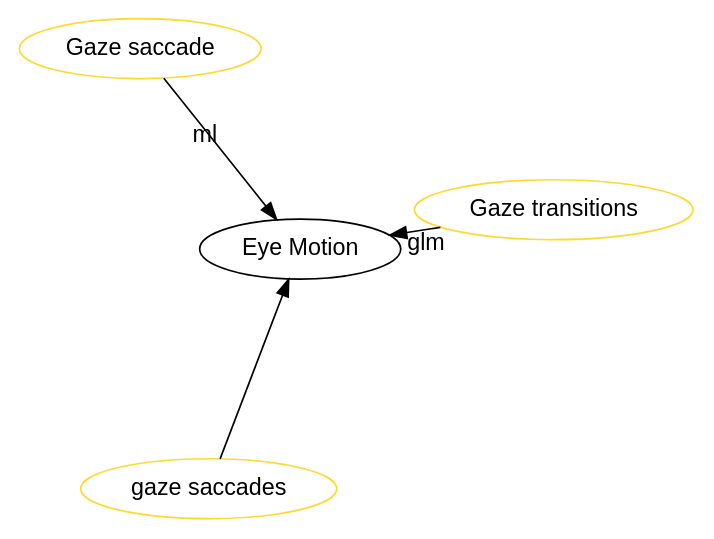
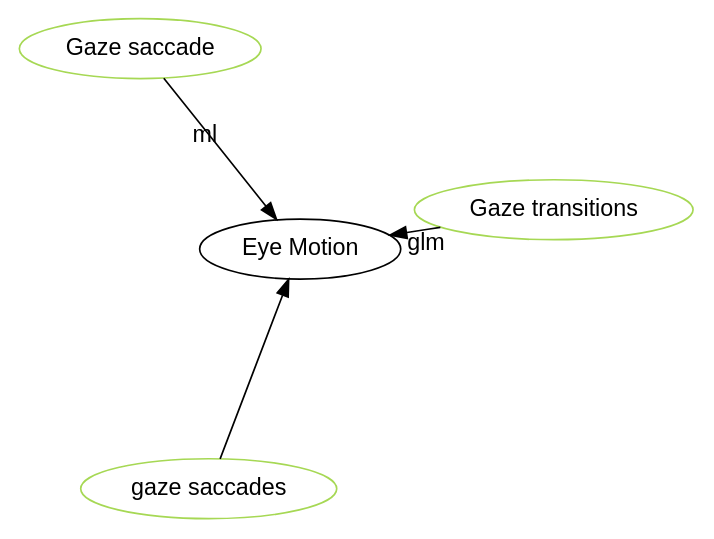
Before and after one commit to hgse-schneider/mmca: the diagram in graphviz/Eye_Motion.gv, drawn with Graphviz. The commit also changed 154 other files, not shown here.

```diff
--- a/graphviz/Eye_Motion.gv
+++ b/graphviz/Eye_Motion.gv
@@ -1,20 +1,20 @@
 digraph world {
         size="15,15";
         layout=neato
         graph [fontname = "helvetica"];
         node [fontname = "helvetica", colorscheme=set28];
         edge [fontname = "helvetica", colorscheme=set28];
 
 	"Eye Motion" [href="index.svg"];
-	"Gaze transitions" [href="https://scholar.google.com/scholar?hl=en&q=Understanding%20collaborative%20program%20comprehension:%20Interlacing%20gaze%20and%20dialogues" target="_blank" , color="6"];
-	"gaze saccades" [href="https://scholar.google.com/scholar?hl=en&q=A%20Network%20Analytic%20Approach%20to%20Gaze%20Coordination%20during%20a%20Collaborative%20Task" target="_blank" , color="6"];
-	"Gaze saccade" [href="https://scholar.google.com/scholar?hl=en&q=Gaze%20quality%20assisted%20automatic%20recognition%20of%20social%20contexts%20in%20collaborative%20Tetris" target="_blank" , color="6"];
+	"Gaze transitions" [href="https://scholar.google.com/scholar?hl=en&q=Understanding%20collaborative%20program%20comprehension:%20Interlacing%20gaze%20and%20dialogues" target="_blank" , color="5"];
+	"gaze saccades" [href="https://scholar.google.com/scholar?hl=en&q=A%20Network%20Analytic%20Approach%20to%20Gaze%20Coordination%20during%20a%20Collaborative%20Task" target="_blank" , color="5"];
+	"Gaze saccade" [href="https://scholar.google.com/scholar?hl=en&q=Gaze%20quality%20assisted%20automatic%20recognition%20of%20social%20contexts%20in%20collaborative%20Tetris" target="_blank" , color="5"];
 	"Gaze transitions" -> "Eye Motion" [label="glm", labeltooltip=1, style="solid", penwidth=1];
 	"gaze saccades" -> "Eye Motion" [label="", labeltooltip=1, style="solid", penwidth=1];
 	"Gaze saccade" -> "Eye Motion" [label="ml", labeltooltip=1, style="solid", penwidth=1];
 
  overlap=false 
  splines = true; 
 
 
 }
```
